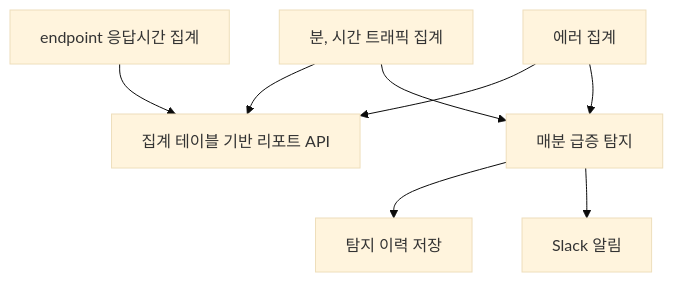
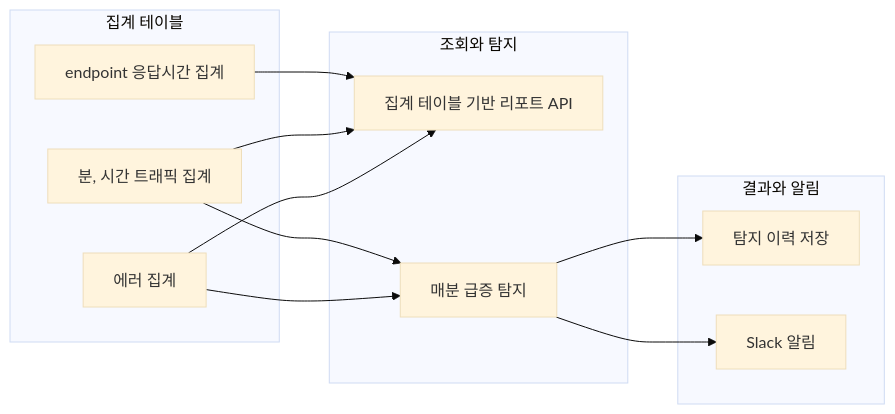
One commit to KimHG1995/work-history changed the second of 2 diagrams in projects/loglens/mvp.md. Above: the diagram before and after it, drawn with Mermaid (base theme).

Commit message:
docs: loglens 조회와 탐지를 세 열로 구분

````diff
--- a/projects/loglens/mvp.md
+++ b/projects/loglens/mvp.md
@@ -110,18 +110,26 @@
 ```mermaid
-flowchart TB
-    traffic["분, 시간 트래픽 집계"]
-    report["집계 테이블 기반 리포트 API"]
-    latency["endpoint 응답시간 집계"]
-    error["에러 집계"]
-    detect["매분 급증 탐지"]
-    history["탐지 이력 저장"]
-    slack["Slack 알림"]
+flowchart LR
+    subgraph Collection["집계 테이블"]
+        latency["endpoint 응답시간 집계"]
+        traffic["분, 시간 트래픽 집계"]
+        error["에러 집계"]
+    end
 
+    subgraph Core["조회와 탐지"]
+        report["집계 테이블 기반 리포트 API"]
+        detect["매분 급증 탐지"]
+    end
+
+    subgraph Action["결과와 알림"]
+        history["탐지 이력 저장"]
+        slack["Slack 알림"]
+    end
+
+    latency --> report
     traffic --> report
-    latency --> report
+    traffic --> detect
     error --> report
-    traffic --> detect
     error --> detect
     detect --> history
     detect --> slack
 ```
````
